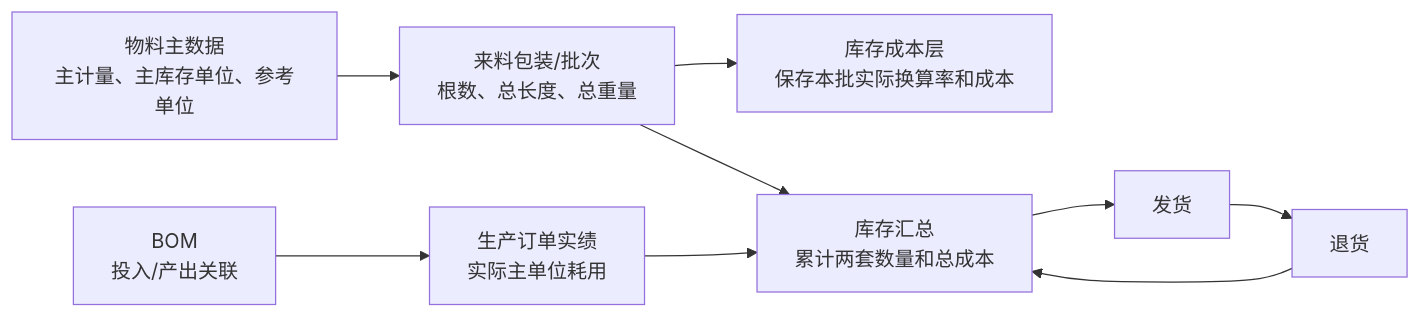
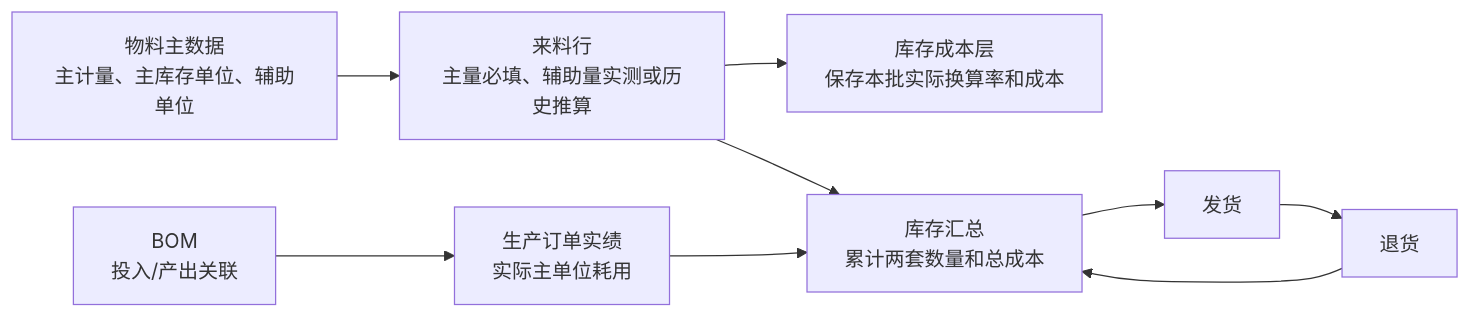
Before and after one commit to goldf2/mes-lite: the diagram in docs/minierp/双单位库存与成本核算说明.md, drawn with Mermaid. The commit also changed other lines of this file and 36 other files, not shown here.

````diff
--- a/docs/minierp/双单位库存与成本核算说明.md
+++ b/docs/minierp/双单位库存与成本核算说明.md
@@ -79,11 +79,11 @@
 ```mermaid
 flowchart LR
-    M["物料主数据<br/>主计量、主库存单位、参考单位"] --> I["来料包装/批次<br/>根数、总长度、总重量"]
+    M["物料主数据<br/>主计量、主库存单位、辅助单位"] --> I["来料行<br/>主量必填、辅助量实测或历史推算"]
     I --> L["库存成本层<br/>保存本批实际换算率和成本"]
     I --> S["库存汇总<br/>累计两套数量和总成本"]
     B["BOM<br/>投入/产出关联"] --> D["生产订单实绩<br/>实际主单位耗用"]
     D --> S
     S --> H["发货"]
     H --> R["退货"]
     R --> S
 ```
````
